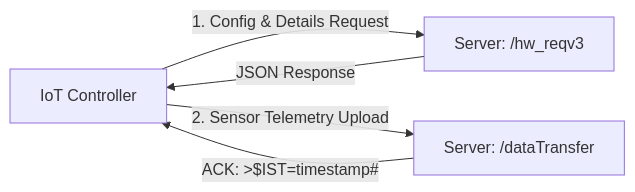
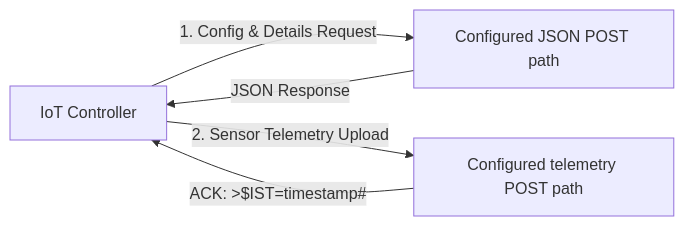
The second of 2 diagrams in JSON_CONFIG_AND_DEBUG_COMMANDS.md (userdevil/IotController), drawn with Mermaid before and after one commit. The commit also changed other lines of this file and 11 other files, not shown here.

````diff
--- a/JSON_CONFIG_AND_DEBUG_COMMANDS.md
+++ b/JSON_CONFIG_AND_DEBUG_COMMANDS.md
@@ -426,7 +232,7 @@
 ```mermaid
 flowchart LR
-    Device[IoT Controller] -->|1. Config & Details Request| ServerConfig[Server: /hw_reqv3]
-    Device -->|2. Sensor Telemetry Upload| ServerData[Server: /dataTransfer]
+    Device[IoT Controller] -->|1. Config & Details Request| ServerConfig[Configured JSON POST path]
+    Device -->|2. Sensor Telemetry Upload| ServerData[Configured telemetry POST path]
     ServerConfig -->|JSON Response| Device
     ServerData -->|ACK: >$IST=timestamp#| Device
 ```
````
